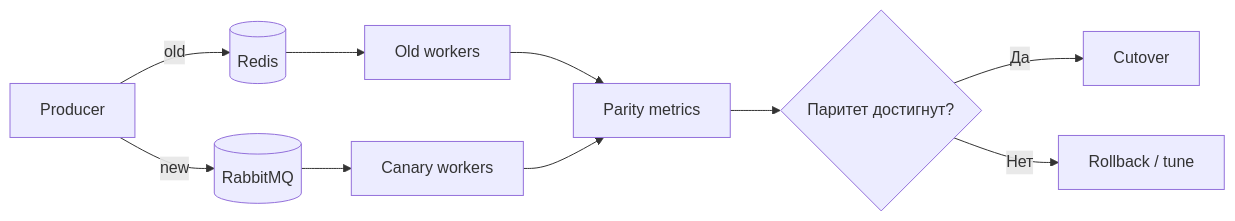
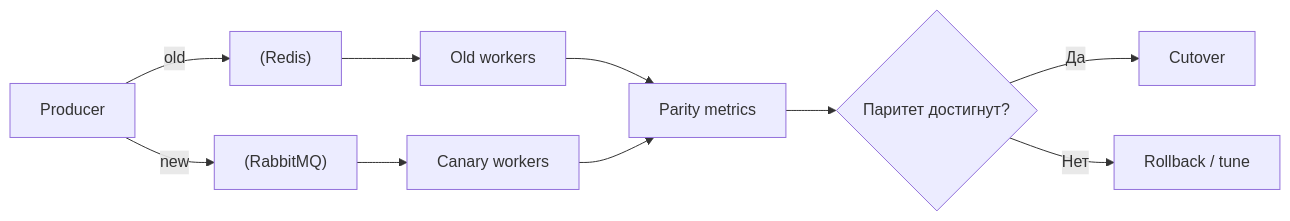
One commit to DDoSKudya/ai-study-atlas changed the second of 2 diagrams in directions/services/celery/pact/30_versioning_migracii_i_sovmestimost/14_30_30_4_migratsiya_brokera.md. Above: the diagram before and after it, drawn with Mermaid. The commit also changed other lines of this file and 322 other files, not shown here.

Commit message:
fix(docs): make mermaid diagrams GitHub-compatible across directions content

````diff
--- a/directions/services/celery/pact/30_versioning_migracii_i_sovmestimost/14_30_30_4_migratsiya_brokera.md
+++ b/directions/services/celery/pact/30_versioning_migracii_i_sovmestimost/14_30_30_4_migratsiya_brokera.md
@@ -93,12 +93,12 @@
 ```mermaid
 flowchart LR
-    P[Producer] -->|old| R[(Redis)]
-    P -->|new| Q[(RabbitMQ)]
-    R --> W1[Old workers]
-    Q --> W2[Canary workers]
-    W1 --> M[Parity metrics]
+    P["Producer"] -->|old| R["(Redis)"]
+    P -->|new| Q["(RabbitMQ)"]
+    R --> W1["Old workers"]
+    Q --> W2["Canary workers"]
+    W1 --> M["Parity metrics"]
     W2 --> M
-    M --> D{Паритет достигнут?}
-    D -- Да --> C[Cutover]
-    D -- Нет --> B[Rollback / tune]
+    M --> D{"Паритет достигнут?"}
+    D -- Да --> C["Cutover"]
+    D -- Нет --> B["Rollback / tune"]
 ```
````
